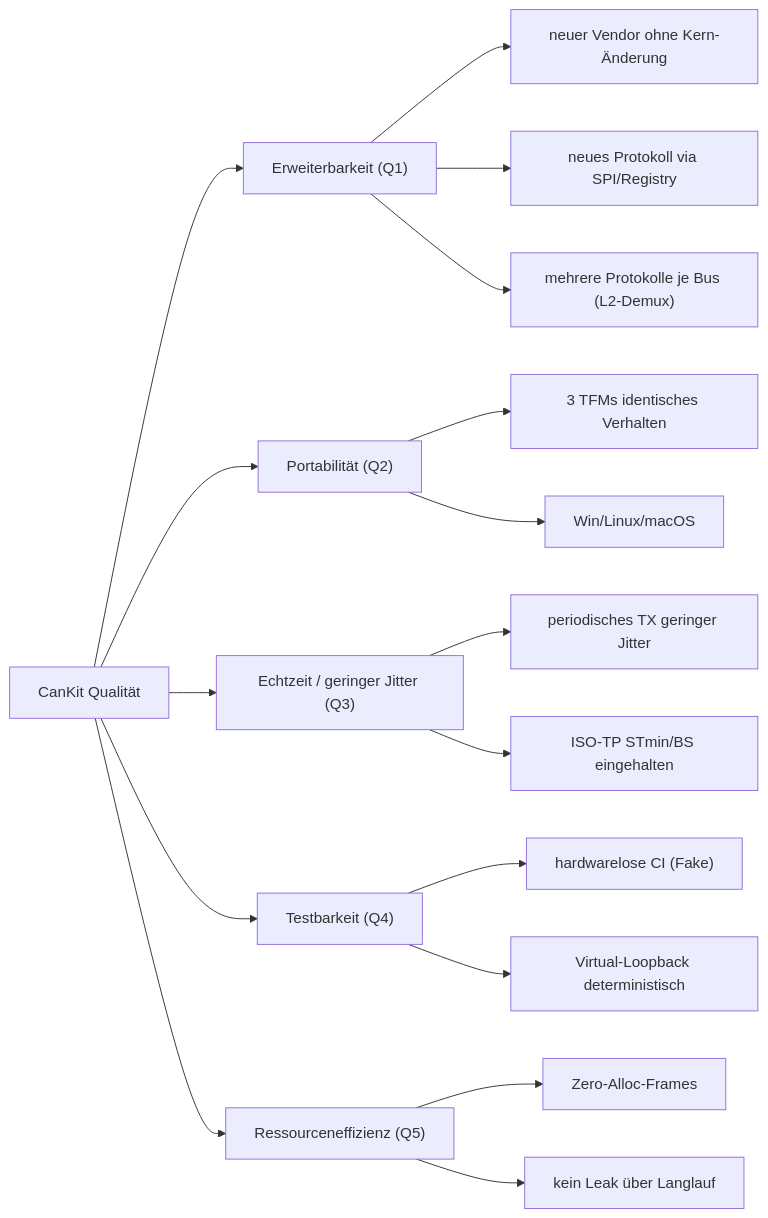
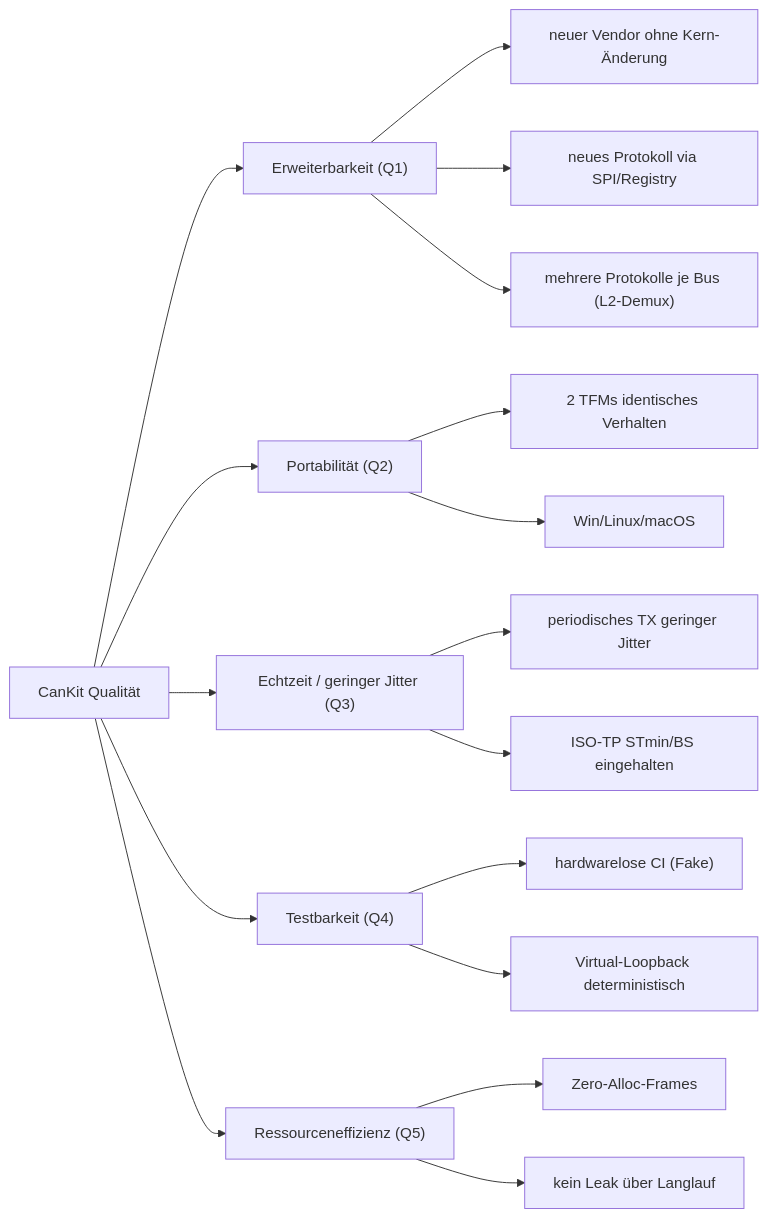
One commit to dborgards/CanKit.Pro changed diagram 19 of 19 in docs/architecture/arc42-CanKit.Pro.md. Above: the diagram before and after it, drawn with Mermaid. The commit also changed other lines of this file and 1 other file, not shown here.

````diff
--- a/docs/architecture/arc42-CanKit.Pro.md
+++ b/docs/architecture/arc42-CanKit.Pro.md
@@ -1205,20 +1233,20 @@
 ```mermaid
 flowchart LR
     Root["CanKit Qualität"] --> Ext["Erweiterbarkeit (Q1)"]
     Root --> Port["Portabilität (Q2)"]
     Root --> RT["Echtzeit / geringer Jitter (Q3)"]
     Root --> Test["Testbarkeit (Q4)"]
     Root --> Res["Ressourceneffizienz (Q5)"]
 
     Ext --> E1["neuer Vendor ohne Kern-Änderung"]
     Ext --> E2["neues Protokoll via SPI/Registry"]
     Ext --> E3["mehrere Protokolle je Bus (L2-Demux)"]
-    Port --> P1["3 TFMs identisches Verhalten"]
+    Port --> P1["2 TFMs identisches Verhalten"]
     Port --> P2["Win/Linux/macOS"]
     RT --> R1["periodisches TX geringer Jitter"]
     RT --> R2["ISO-TP STmin/BS eingehalten"]
     Test --> T1["hardwarelose CI (Fake)"]
     Test --> T2["Virtual-Loopback deterministisch"]
     Res --> S1["Zero-Alloc-Frames"]
     Res --> S2["kein Leak über Langlauf"]
 ```
````
